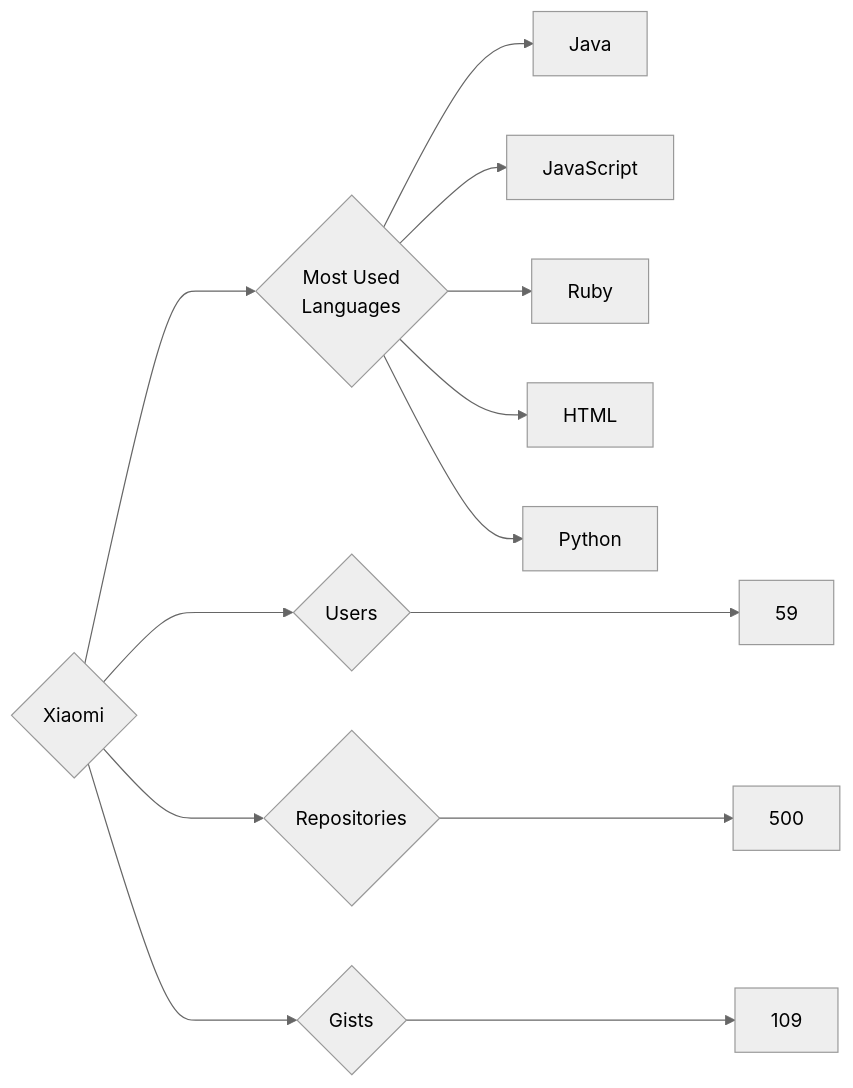
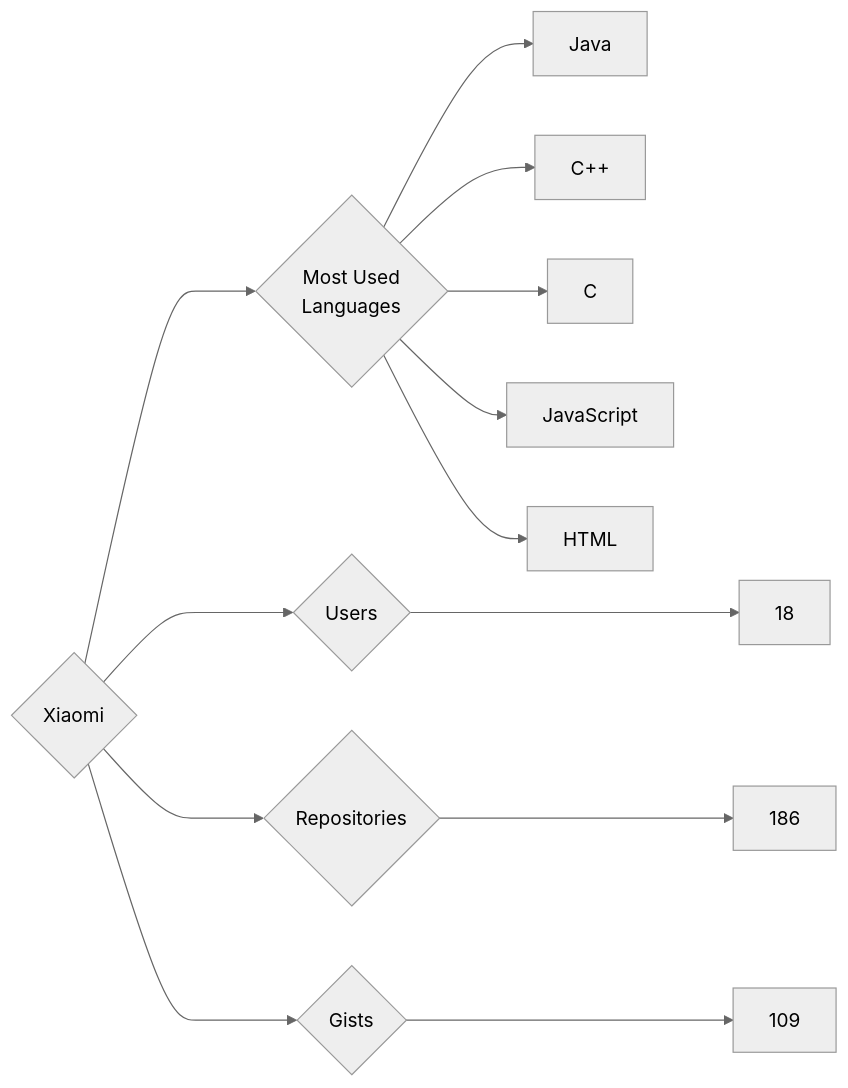
Before and after one commit to trickest/insiders: the diagram in targets/Xiaomi/README.md, drawn with Mermaid (neutral theme). The commit also changed 681 other files, not shown here.

````diff
--- a/targets/Xiaomi/README.md
+++ b/targets/Xiaomi/README.md
@@ -3,13 +3,13 @@
 ```mermaid
 graph LR
 COMPANY_NAME{Xiaomi}
-COMPANY_NAME ---> U{Users} ---> UN[59]
-COMPANY_NAME ---> R{Repositories} ---> RN[500]
+COMPANY_NAME ---> U{Users} ---> UN[18]
+COMPANY_NAME ---> R{Repositories} ---> RN[186]
 COMPANY_NAME ---> G{Gists} ---> GN[109]
 COMPANY_NAME ---> ML{Most Used<br>Languages}
 ML --> Java[Java]
+ML --> C++[C++]
+ML --> C[C]
 ML --> JavaScript[JavaScript]
-ML --> Ruby[Ruby]
 ML --> HTML[HTML]
-ML --> Python[Python]
 ```
````
